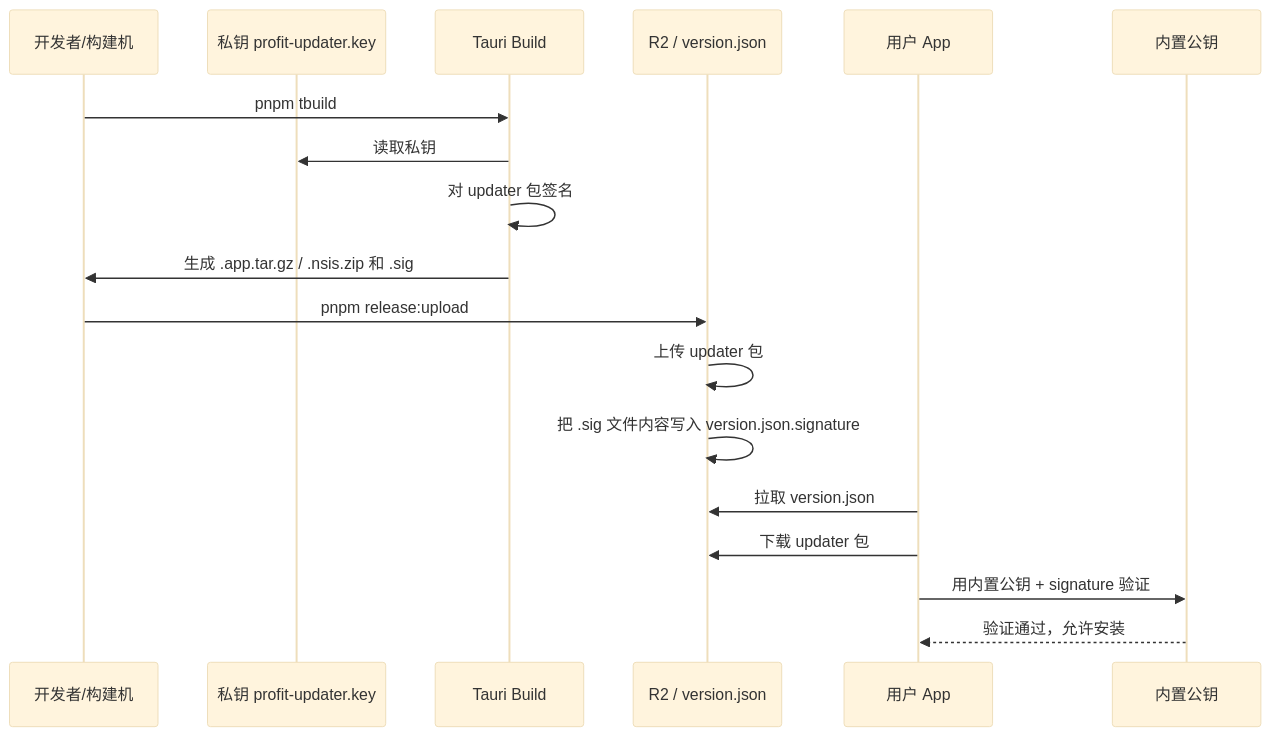
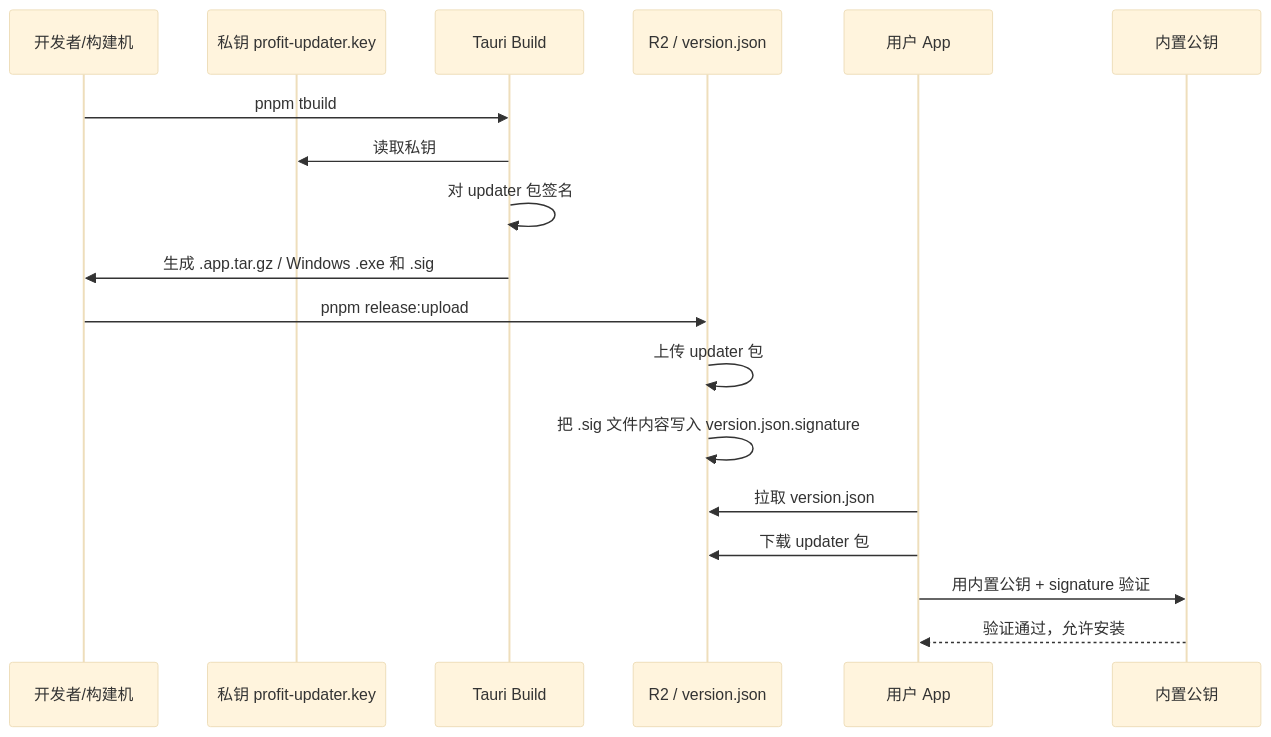
One commit to wei-py/profit changed the second of 4 diagrams in docs/version/update-flow.md. Above: the diagram before and after it, drawn with Mermaid (base theme). The commit also changed other lines of this file and 6 other files, not shown here.

````diff
--- a/docs/version/update-flow.md
+++ b/docs/version/update-flow.md
@@ -50,23 +50,23 @@
 ```mermaid
 sequenceDiagram
     participant Dev as 开发者/构建机
     participant Key as 私钥 profit-updater.key
     participant Build as Tauri Build
     participant R2 as R2 / version.json
     participant App as 用户 App
     participant Pub as 内置公钥
 
     Dev->>Build: pnpm tbuild
     Build->>Key: 读取私钥
     Build->>Build: 对 updater 包签名
-    Build->>Dev: 生成 .app.tar.gz / .nsis.zip 和 .sig
+    Build->>Dev: 生成 .app.tar.gz / Windows .exe 和 .sig
 
     Dev->>R2: pnpm release:upload
     R2->>R2: 上传 updater 包
     R2->>R2: 把 .sig 文件内容写入 version.json.signature
 
     App->>R2: 拉取 version.json
     App->>R2: 下载 updater 包
     App->>Pub: 用内置公钥 + signature 验证
     Pub-->>App: 验证通过，允许安装
 ```
````
